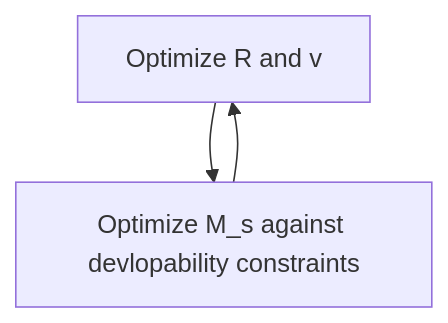
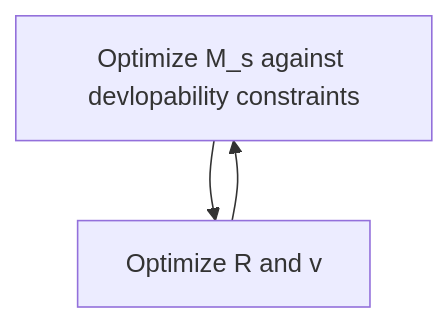
One commit to arch-project-mt/membrane_tensegrity changed the third of 3 diagrams in README.md. Above: the diagram before and after it, drawn with Mermaid. The commit also changed other lines of this file, not shown here.

Commit message:
add optimization code

````diff
--- a/README.md
+++ b/README.md
@@ -102,5 +101,5 @@
 ```mermaid
 flowchart TD
-A[Optimize R and v] --> B[Optimize M_s against devlopability constraints]
+A[Optimize M_s against devlopability constraints] --> B[Optimize R and v]
 B --> A
 ```
````
